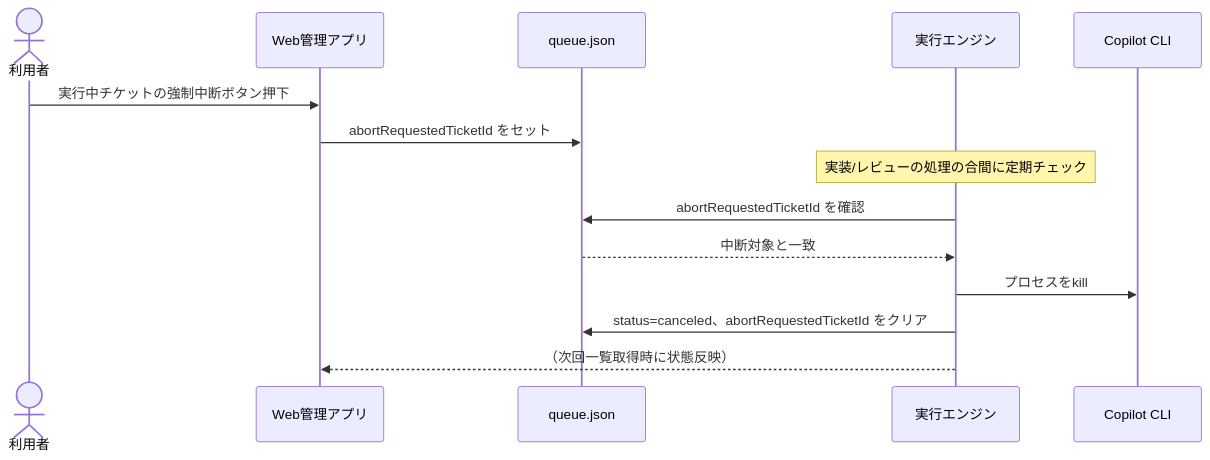
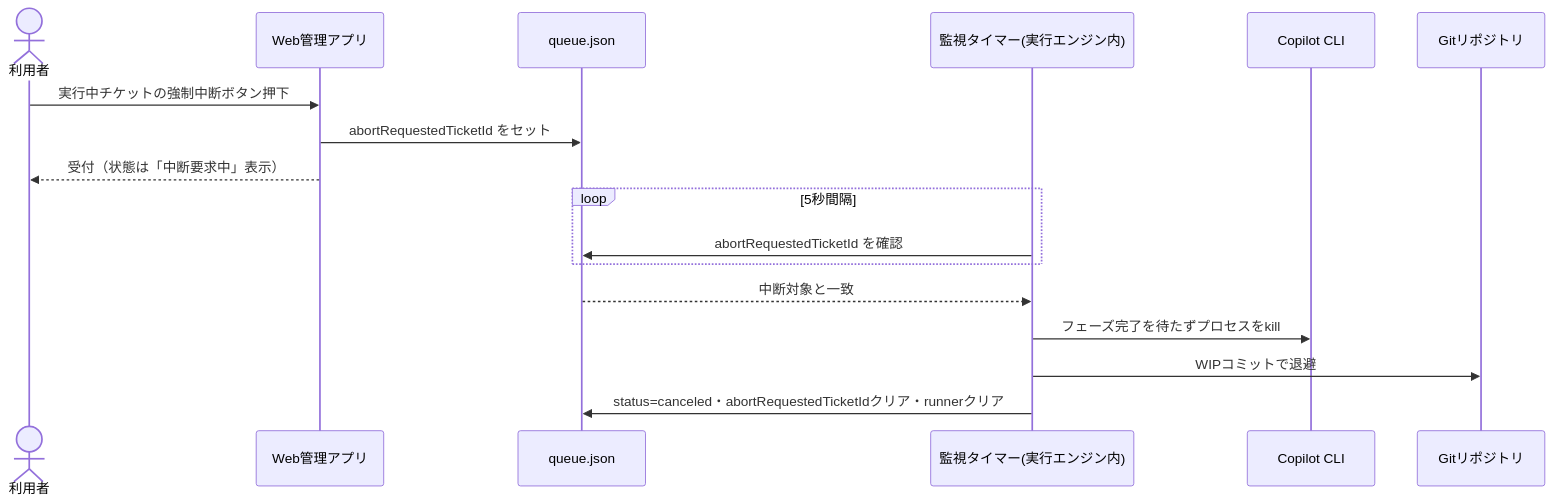
Before and after one commit to theta1211/Lychee-redmine-loop-engineering-: the sixth of 9 diagrams in docs/design/sequence.md, drawn with Mermaid. The commit also changed other lines of this file and 5 other files, not shown here.

````diff
--- a/docs/design/sequence.md
+++ b/docs/design/sequence.md
@@ -88,17 +113,20 @@
 ```mermaid
 sequenceDiagram
     actor U as 利用者
     participant W as Web管理アプリ
     participant Q as queue.json
-    participant E as 実行エンジン
+    participant T as 監視タイマー(実行エンジン内)
     participant CI as Copilot CLI
+    participant G as Gitリポジトリ
 
     U->>W: 実行中チケットの強制中断ボタン押下
     W->>Q: abortRequestedTicketId をセット
-    Note over E: 実装/レビューの処理の合間に定期チェック
-    E->>Q: abortRequestedTicketId を確認
-    Q-->>E: 中断対象と一致
-    E->>CI: プロセスをkill
-    E->>Q: status=canceled、abortRequestedTicketId をクリア
-    E-->>W: （次回一覧取得時に状態反映）
+    W-->>U: 受付（状態は「中断要求中」表示）
+    loop 5秒間隔
+        T->>Q: abortRequestedTicketId を確認
+    end
+    Q-->>T: 中断対象と一致
+    T->>CI: フェーズ完了を待たずプロセスをkill
+    T->>G: WIPコミットで退避
+    T->>Q: status=canceled・abortRequestedTicketIdクリア・runnerクリア
 ```
````
